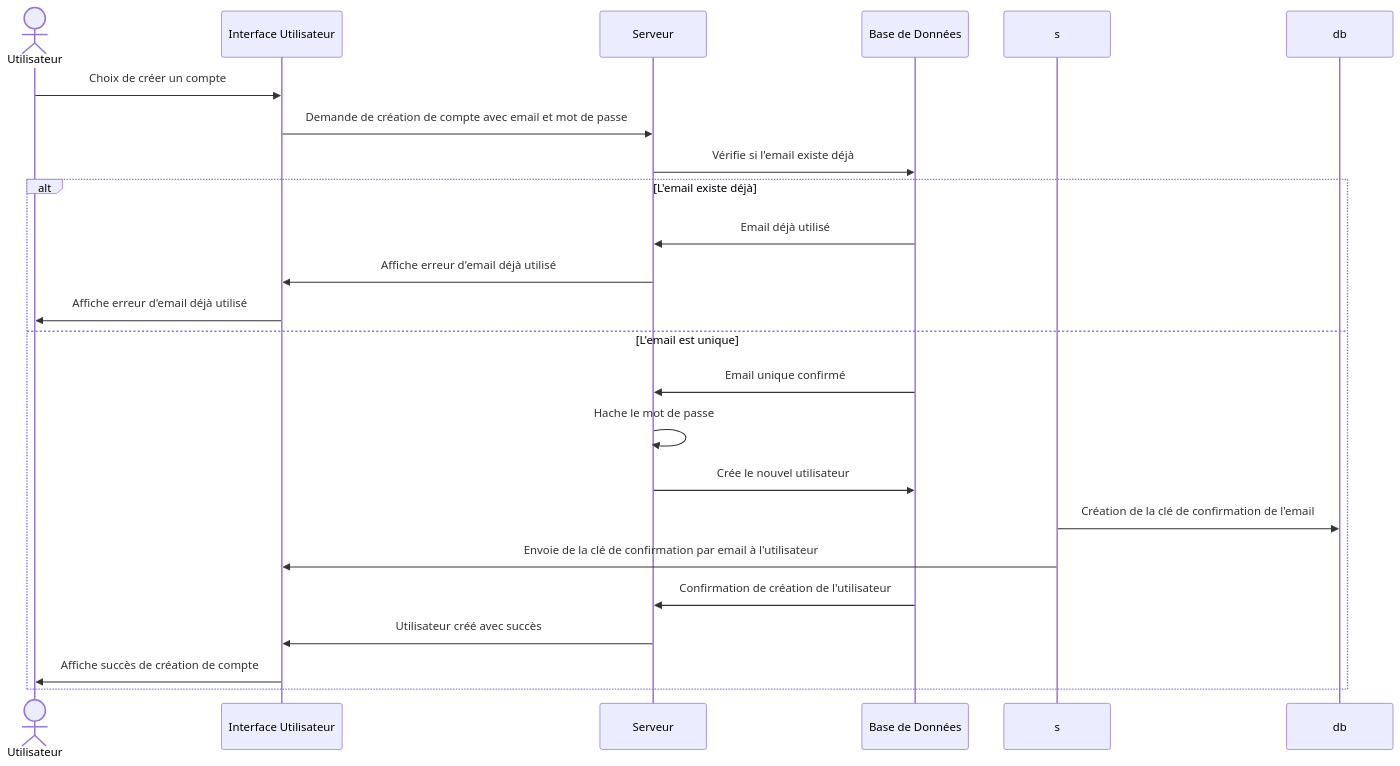
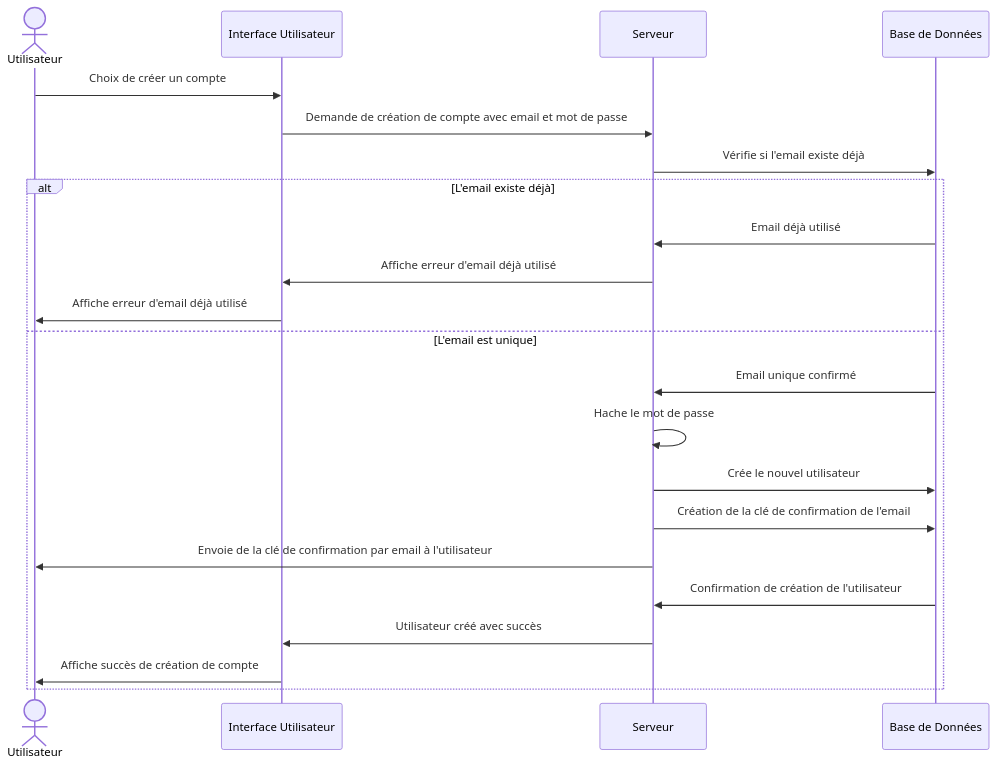
One commit to ecorbisierSimplon/chefdoeuvre changed the diagram in 04_SEQUENCE_DIAGRAMME.md. Above: the diagram before and after it, drawn with Mermaid.

Commit message:
Eric/Modification Diagramme Sequence Compte UI

````diff
--- a/04_SEQUENCE_DIAGRAMME.md
+++ b/04_SEQUENCE_DIAGRAMME.md
@@ -3,26 +3,26 @@
 ```mermaid
 sequenceDiagram
     actor U as Utilisateur
     participant UI as Interface Utilisateur
     participant S as Serveur
     participant DB as Base de Données
 
     U->>UI: Choix de créer un compte
     UI->>S: Demande de création de compte avec email et mot de passe
     S->>DB: Vérifie si l'email existe déjà
     alt L'email existe déjà
         DB->>S: Email déjà utilisé
         S->>UI: Affiche erreur d'email déjà utilisé
         UI->>U: Affiche erreur d'email déjà utilisé
     else L'email est unique
         DB->>S: Email unique confirmé
         S->>S: Hache le mot de passe
         S->>DB: Crée le nouvel utilisateur
-        s->>db: Création de la clé de confirmation de l'email
-        s->>UI: Envoie de la clé de confirmation par email à l'utilisateur
+        S->>DB: Création de la clé de confirmation de l'email
+        S->>U: Envoie de la clé de confirmation par email à l'utilisateur
         DB->>S: Confirmation de création de l'utilisateur
         S->>UI: Utilisateur créé avec succès
         UI->>U: Affiche succès de création de compte
     end
 
 ```
````
